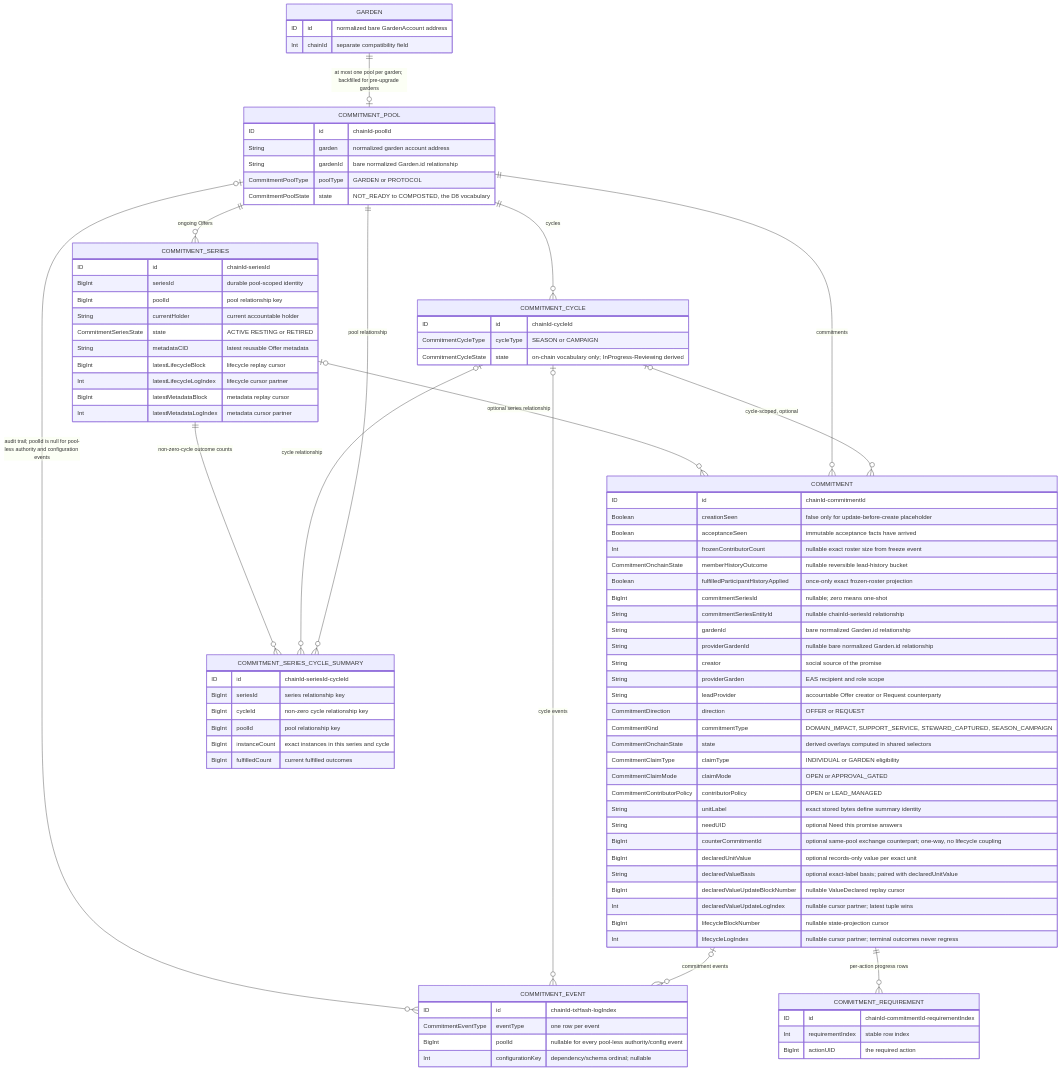
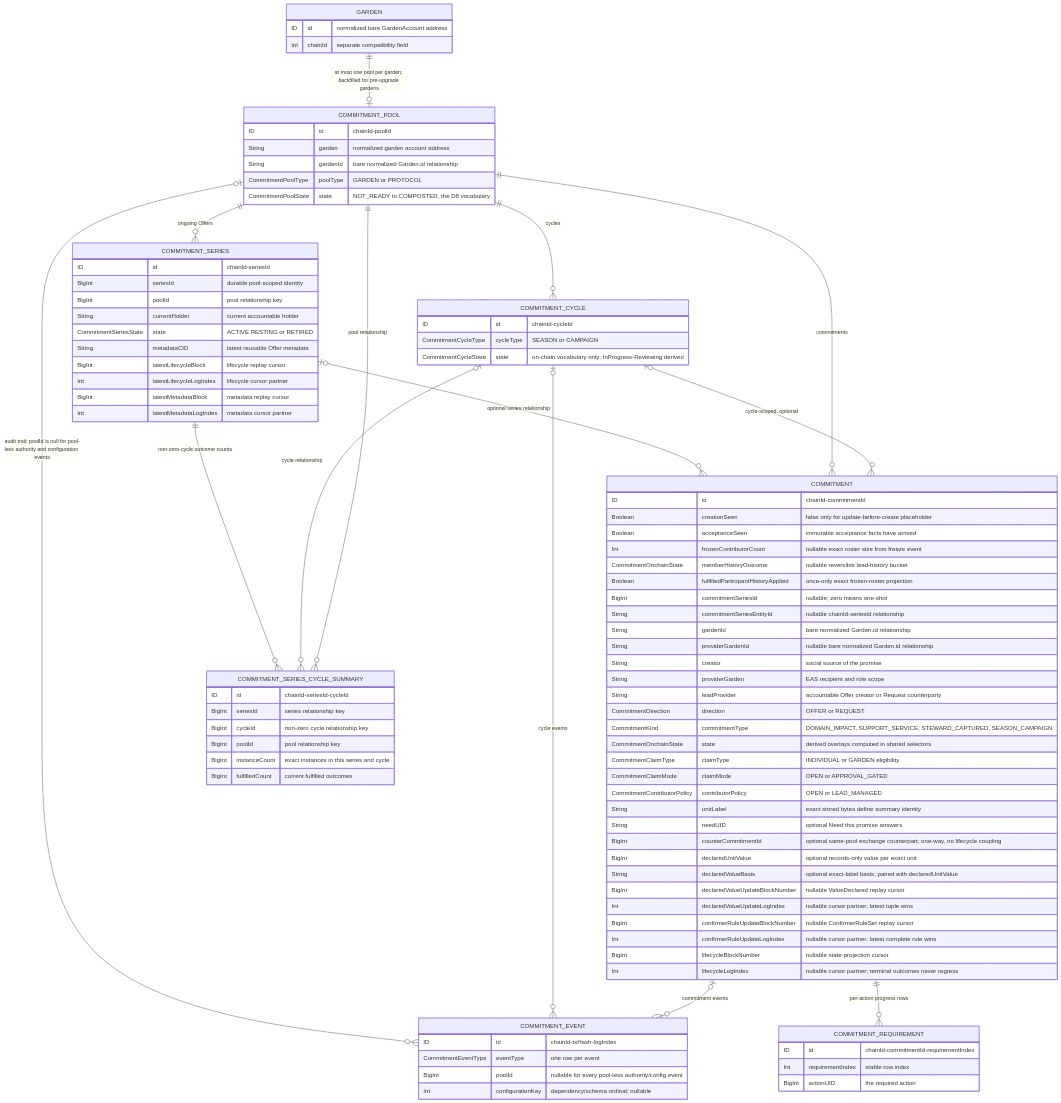
One commit to greenpill-dev-guild/green-goods changed diagram 23 of 40 in .plans/active/commitment-pooling/diagrams.md. Above: the diagram before and after it, drawn with Mermaid. The commit also changed 6 other files, not shown here.

```diff
--- a/.plans/active/commitment-pooling/diagrams.md
+++ b/.plans/active/commitment-pooling/diagrams.md
@@ -1269,6 +1269,8 @@
     String declaredValueBasis "optional exact-label basis; paired with declaredUnitValue"
     BigInt declaredValueUpdateBlockNumber "nullable ValueDeclared replay cursor"
     Int declaredValueUpdateLogIndex "nullable cursor partner; latest tuple wins"
+    BigInt confirmerRuleUpdateBlockNumber "nullable ConfirmerRuleSet replay cursor"
+    Int confirmerRuleUpdateLogIndex "nullable cursor partner; latest complete rule wins"
     BigInt lifecycleBlockNumber "nullable state-projection cursor"
     Int lifecycleLogIndex "nullable cursor partner; terminal outcomes never regress"
   }
```
